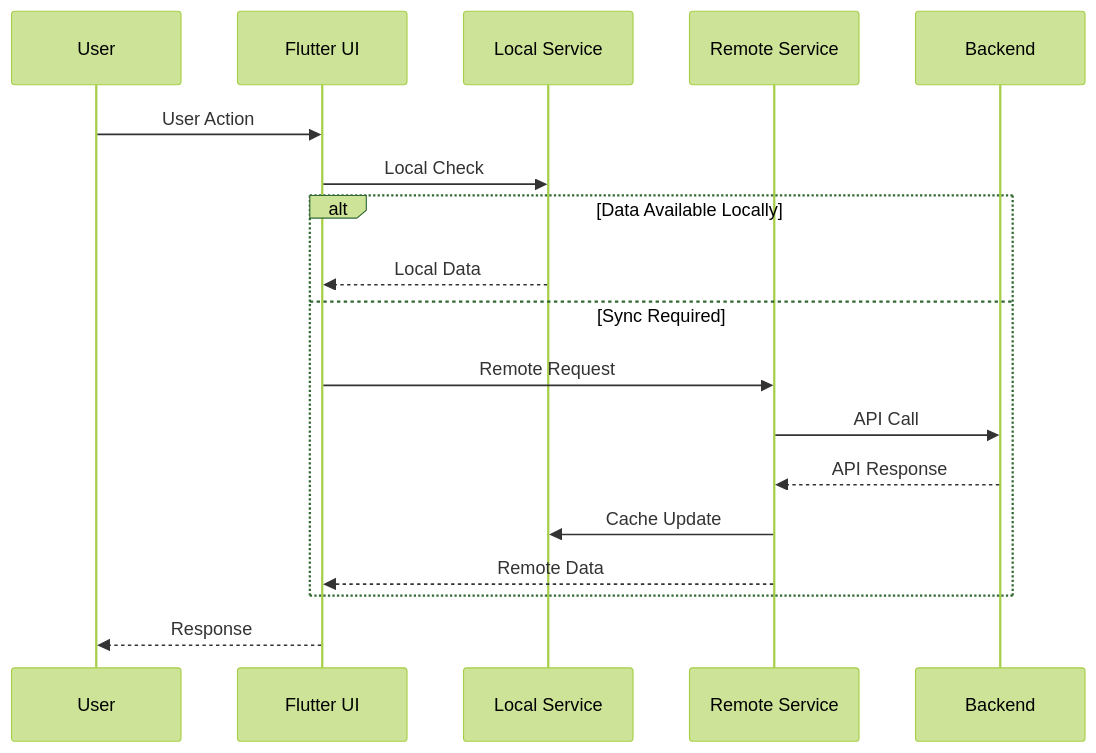
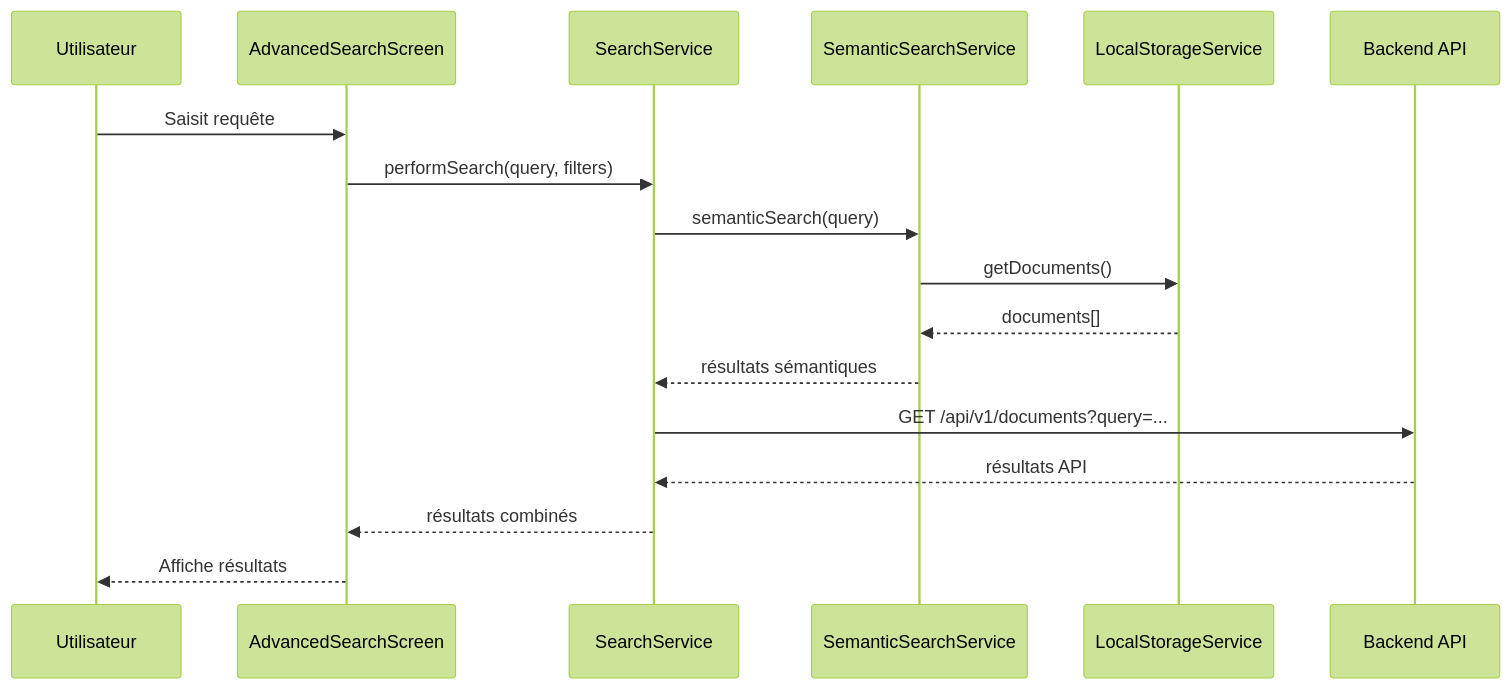
Before and after one commit to arkalia-luna-system/arkalia-cia: the third of 9 diagrams in docs/ARCHITECTURE.md, drawn with Mermaid (forest theme). The commit also changed other lines of this file and 32 other files, not shown here.

````diff
--- a/docs/ARCHITECTURE.md
+++ b/docs/ARCHITECTURE.md
@@ -160,21 +167,20 @@
 ```mermaid
 sequenceDiagram
-    participant U as User
-    participant UI as Flutter UI
-    participant LS as Local Service
-    participant RS as Remote Service
-    participant BE as Backend
+    participant U as Utilisateur
+    participant UI as AdvancedSearchScreen
+    participant SS as SearchService
+    participant SC as SemanticSearchService
+    participant LS as LocalStorageService
+    participant BE as Backend API
 
-    U->>UI: User Action
-    UI->>LS: Local Check
-    alt Data Available Locally
-        LS-->>UI: Local Data
-    else Sync Required
-        UI->>RS: Remote Request
-        RS->>BE: API Call
-        BE-->>RS: API Response
-        RS->>LS: Cache Update
-        RS-->>UI: Remote Data
-    end
-    UI-->>U: Response
+    U->>UI: Saisit requête
+    UI->>SS: performSearch(query, filters)
+    SS->>SC: semanticSearch(query)
+    SC->>LS: getDocuments()
+    LS-->>SC: documents[]
+    SC-->>SS: résultats sémantiques
+    SS->>BE: GET /api/v1/documents?query=...
+    BE-->>SS: résultats API
+    SS-->>UI: résultats combinés
+    UI-->>U: Affiche résultats
 ```
````
